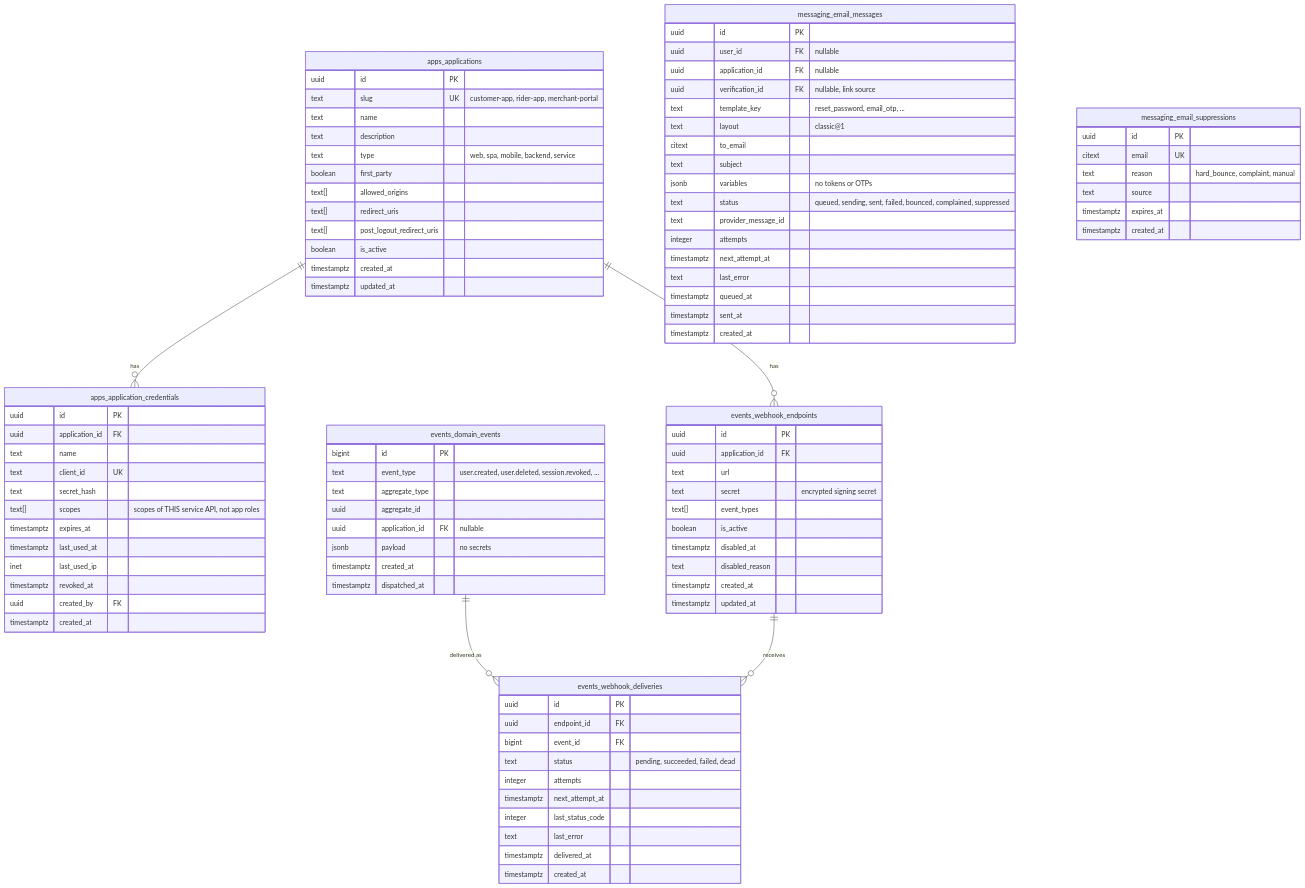
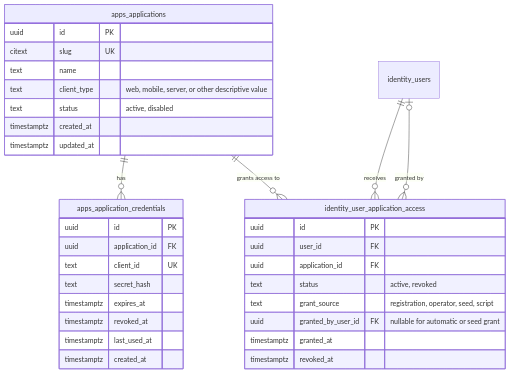
Before and after one commit to jayemscript/auth-identity-service: the third of 5 diagrams in docs/auth-identity-service-erd.md, drawn with Mermaid. The commit also changed other lines of this file and 2 other files, not shown here.

````diff
--- a/docs/auth-identity-service-erd.md
+++ b/docs/auth-identity-service-erd.md
@@ -288,96 +157,35 @@
 erDiagram
     apps_applications {
         uuid id PK
-        text slug UK "customer-app, rider-app, merchant-portal"
+        citext slug UK
         text name
-        text description
-        text type "web, spa, mobile, backend, service"
-        boolean first_party
-        text[] allowed_origins
-        text[] redirect_uris
-        text[] post_logout_redirect_uris
-        boolean is_active
+        text client_type "web, mobile, server, or other descriptive value"
+        text status "active, disabled"
         timestamptz created_at
         timestamptz updated_at
     }
     apps_application_credentials {
         uuid id PK
         uuid application_id FK
-        text name
         text client_id UK
         text secret_hash
-        text[] scopes "scopes of THIS service API, not app roles"
         timestamptz expires_at
+        timestamptz revoked_at
         timestamptz last_used_at
-        inet last_used_ip
-        timestamptz revoked_at
-        uuid created_by FK
         timestamptz created_at
     }
-    events_domain_events {
-        bigint id PK
-        text event_type "user.created, user.deleted, session.revoked, ..."
-        text aggregate_type
-        uuid aggregate_id
-        uuid application_id FK "nullable"
-        jsonb payload "no secrets"
-        timestamptz created_at
-        timestamptz dispatched_at
+    identity_user_application_access {
+        uuid id PK
+        uuid user_id FK
+        uuid application_id FK
+        text status "active, revoked"
+        text grant_source "registration, operator, seed, script"
+        uuid granted_by_user_id FK "nullable for automatic or seed grant"
+        timestamptz granted_at
+        timestamptz revoked_at
     }
-    events_webhook_endpoints {
-        uuid id PK
-        uuid application_id FK
-        text url
-        text secret "encrypted signing secret"
-        text[] event_types
-        boolean is_active
-        timestamptz disabled_at
-        text disabled_reason
-        timestamptz created_at
-        timestamptz updated_at
-    }
-    events_webhook_deliveries {
-        uuid id PK
-        uuid endpoint_id FK
-        bigint event_id FK
-        text status "pending, succeeded, failed, dead"
-        integer attempts
-        timestamptz next_attempt_at
-        integer last_status_code
-        text last_error
-        timestamptz delivered_at
-        timestamptz created_at
-    }
-    messaging_email_messages {
-        uuid id PK
-        uuid user_id FK "nullable"
-        uuid application_id FK "nullable"
-        uuid verification_id FK "nullable, link source"
-        text template_key "reset_password, email_otp, ..."
-        text layout "classic@1"
-        citext to_email
-        text subject
-        jsonb variables "no tokens or OTPs"
-        text status "queued, sending, sent, failed, bounced, complained, suppressed"
-        text provider_message_id
-        integer attempts
-        timestamptz next_attempt_at
-        text last_error
-        timestamptz queued_at
-        timestamptz sent_at
-        timestamptz created_at
-    }
-    messaging_email_suppressions {
-        uuid id PK
-        citext email UK
-        text reason "hard_bounce, complaint, manual"
-        text source
-        timestamptz expires_at
-        timestamptz created_at
-    }
-
     apps_applications ||--o{ apps_application_credentials : "has"
-    apps_applications ||--o{ events_webhook_endpoints : "has"
-    events_domain_events ||--o{ events_webhook_deliveries : "delivered as"
-    events_webhook_endpoints ||--o{ events_webhook_deliveries : "receives"
+    apps_applications ||--o{ identity_user_application_access : "grants access to"
+    identity_users ||--o{ identity_user_application_access : "receives"
+    identity_users o|--o{ identity_user_application_access : "granted by"
 ```
````
